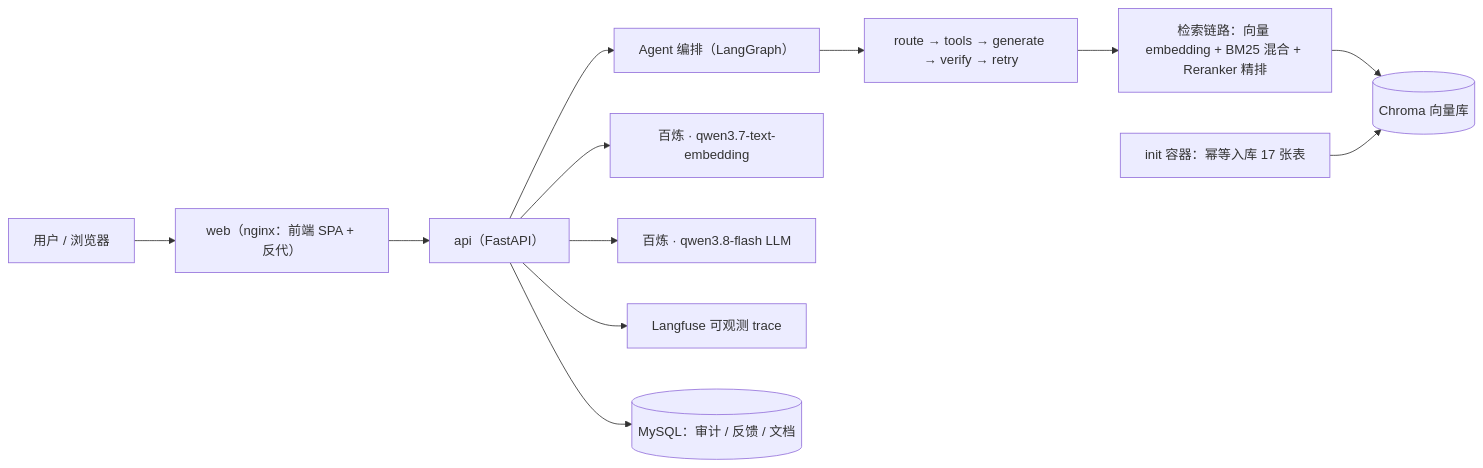
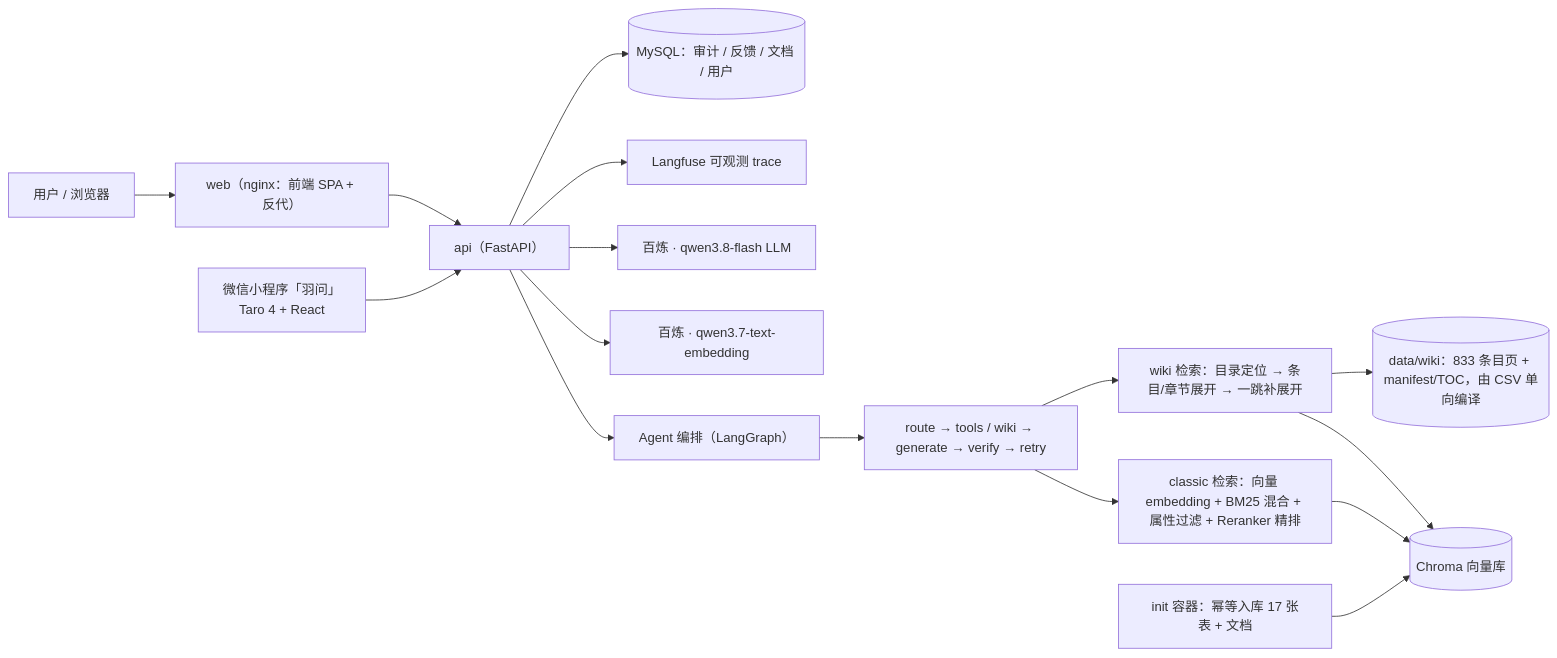
The diagram in README.md (fwldr/Badminton-RAG-System), drawn with Mermaid before and after one commit. The commit also changed other lines of this file and 17 other files, not shown here.

````diff
--- a/README.md
+++ b/README.md
@@ -11,14 +11,18 @@
 ```mermaid
 flowchart LR
     U[用户 / 浏览器] --> W["web（nginx：前端 SPA + 反代）"]
+    MP[微信小程序「羽问」<br/>Taro 4 + React] --> A
     W --> A["api（FastAPI）"]
     A --> AG["Agent 编排（LangGraph）"]
-    AG --> RT["route → tools → generate → verify → retry"]
-    RT --> R["检索链路：向量 embedding + BM25 混合 + Reranker 精排"]
+    AG --> RT["route → tools / wiki → generate → verify → retry"]
+    RT --> R["classic 检索：向量 embedding + BM25 混合 + 属性过滤 + Reranker 精排"]
+    RT --> K["wiki 检索：目录定位 → 条目/章节展开 → 一跳补展开"]
     R --> C[(Chroma 向量库)]
+    K --> C
+    K --> WK[(data/wiki：833 条目页 + manifest/TOC，由 CSV 单向编译)]
     A --> O["百炼 · qwen3.7-text-embedding"]
     A --> D["百炼 · qwen3.8-flash LLM"]
     A --> LF[Langfuse 可观测 trace]
-    A --> DB[(MySQL：审计 / 反馈 / 文档)]
-    INIT["init 容器：幂等入库 17 张表"] --> C
+    A --> DB[(MySQL：审计 / 反馈 / 文档 / 用户)]
+    INIT["init 容器：幂等入库 17 张表 + 文档"] --> C
 ```
````
